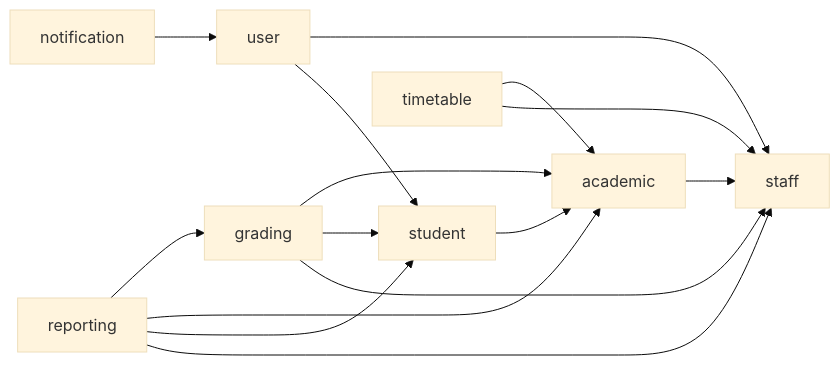
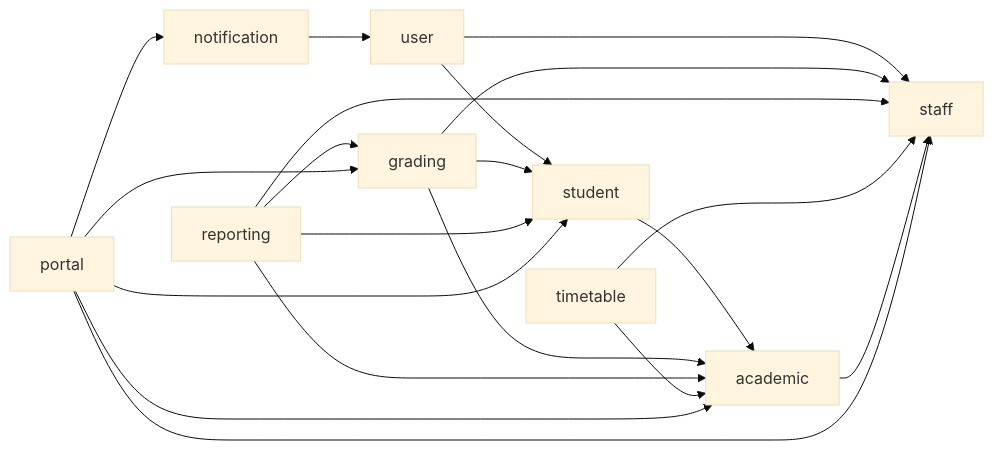
The diagram in docs/08-architecture-modulaire.md (Elshamma-Project/School-Mgmt-Back), drawn with Mermaid (base theme) before and after one commit. The commit also changed other lines of this file and 22 other files, not shown here.

````diff
--- a/docs/08-architecture-modulaire.md
+++ b/docs/08-architecture-modulaire.md
@@ -22,10 +23,11 @@
 ```mermaid
 flowchart LR
   user --> staff & student
   student --> academic
   grading --> academic & student & staff
   reporting --> grading & academic & student & staff
   timetable --> academic & staff
   academic --> staff
   notification --> user
+  portal --> academic & student & staff & grading & notification
 ```
````
